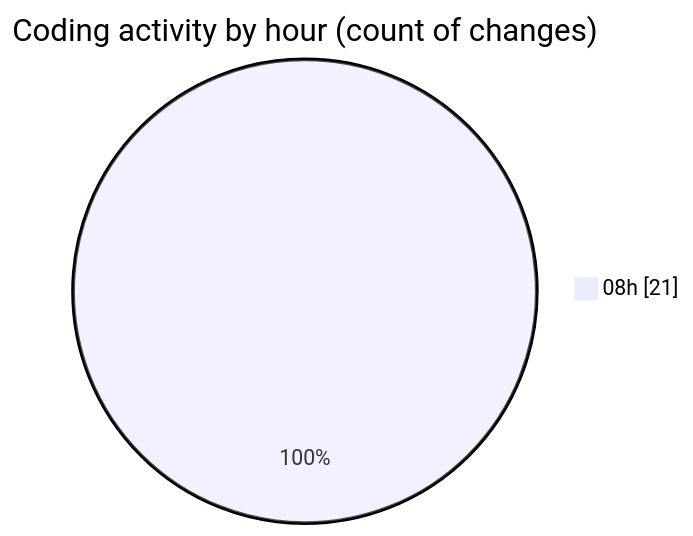
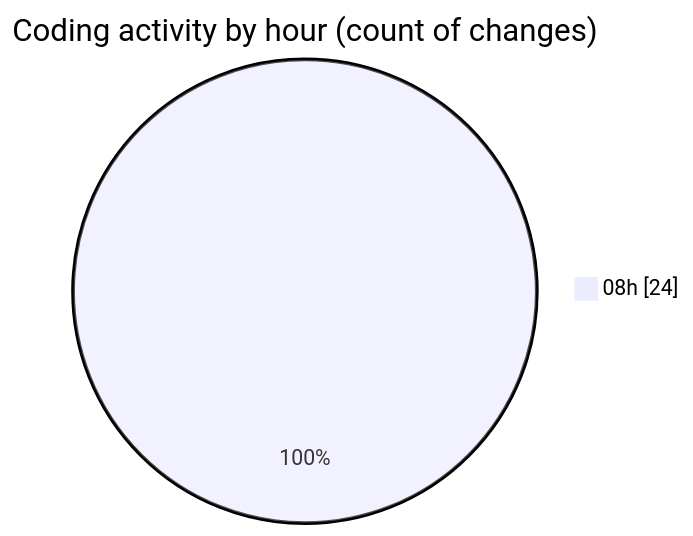
One commit to Elitesun/code-tracking changed the second of 2 diagrams in 2025-05-12/niten/README.md. Above: the diagram before and after it, drawn with Mermaid. The commit also changed other lines of this file and 1 other file, not shown here.

````diff
--- a/2025-05-12/niten/README.md
+++ b/2025-05-12/niten/README.md
@@ -38,5 +39,5 @@
 ```mermaid
 pie showData
 title Coding activity by hour (count of changes)
-"08h" : 21
+"08h" : 24
 ```
````
